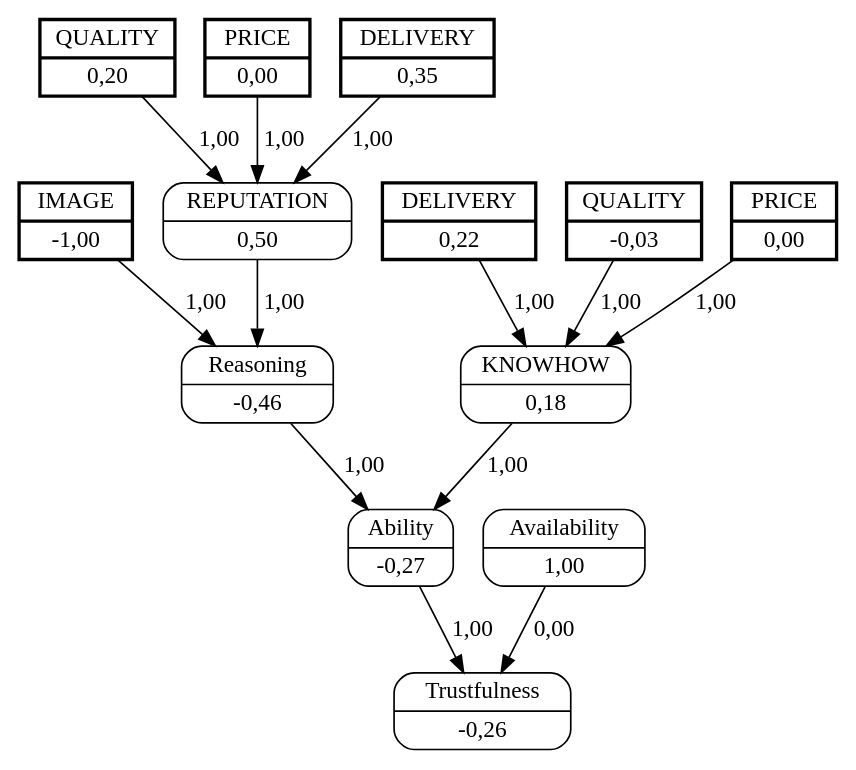
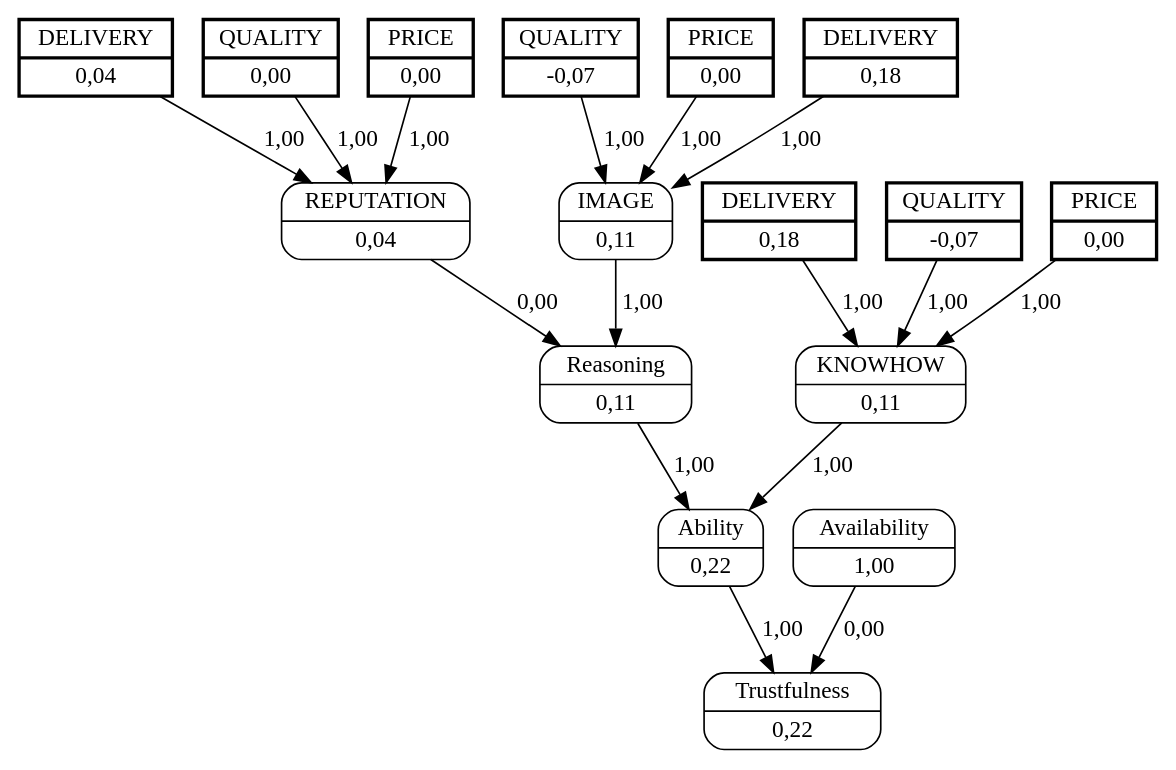
One commit to jjbaqueta/unload_experiment changed the diagram in unload_boxes/dots/buyerA1sellerB7.dot. Above: the diagram before and after it, drawn with Graphviz. The commit also changed 156 other files, not shown here.

```diff
--- a/unload_boxes/dots/buyerA1sellerB7.dot
+++ b/unload_boxes/dots/buyerA1sellerB7.dot
@@ -1,31 +1,39 @@
 digraph FCM_net{
 	node [shape=record, style=rounded]
-	0 [label="{IMAGE | -1,00}", style=bold, penwidth=2, peripheries=2];
-	7 [label="{QUALITY | 0,20}", style=bold, penwidth=2, peripheries=2];
+	7 [label="{QUALITY | -0,07}", style=bold, penwidth=2, peripheries=2];
 	8 [label="{PRICE | 0,00}", style=bold, penwidth=2, peripheries=2];
-	9 [label="{DELIVERY | 0,35}", style=bold, penwidth=2, peripheries=2];
-	10 [label="{QUALITY | -0,03}", style=bold, penwidth=2, peripheries=2];
+	9 [label="{DELIVERY | 0,18}", style=bold, penwidth=2, peripheries=2];
+	10 [label="{QUALITY | 0,00}", style=bold, penwidth=2, peripheries=2];
 	11 [label="{PRICE | 0,00}", style=bold, penwidth=2, peripheries=2];
-	12 [label="{DELIVERY | 0,22}", style=bold, penwidth=2, peripheries=2];
-	0 [label="{IMAGE | -1,00}"];
-	1 [label="{REPUTATION | 0,50}"];
-	2 [label="{KNOWHOW | 0,18}"];
-	3 [label="{Reasoning | -0,46}"];
-	4 [label="{Ability | -0,27}"];
+	12 [label="{DELIVERY | 0,04}", style=bold, penwidth=2, peripheries=2];
+	13 [label="{QUALITY | -0,07}", style=bold, penwidth=2, peripheries=2];
+	14 [label="{PRICE | 0,00}", style=bold, penwidth=2, peripheries=2];
+	15 [label="{DELIVERY | 0,18}", style=bold, penwidth=2, peripheries=2];
+	0 [label="{IMAGE | 0,11}"];
+	1 [label="{REPUTATION | 0,04}"];
+	2 [label="{KNOWHOW | 0,11}"];
+	3 [label="{Reasoning | 0,11}"];
+	4 [label="{Ability | 0,22}"];
 	5 [label="{Availability | 1,00}"];
-	6 [label="{Trustfulness | -0,26}"];
+	6 [label="{Trustfulness | 0,22}"];
+	7 [label="{QUALITY | -0,07}"];
 	8 [label="{PRICE | 0,00}"];
-	10 [label="{QUALITY | -0,03}"];
+	9 [label="{DELIVERY | 0,18}"];
+	11 [label="{PRICE | 0,00}"];
+	13 [label="{QUALITY | -0,07}"];
 	0 -> 3 [label = "1,00"];
-	1 -> 3 [label = "1,00"];
+	1 -> 3 [label = "0,00"];
 	3 -> 4 [label = "1,00"];
 	2 -> 4 [label = "1,00"];
 	4 -> 6 [label = "1,00"];
 	5 -> 6 [label = "0,00"];
-	7 -> 1 [label = "1,00"];
-	8 -> 1 [label = "1,00"];
-	9 -> 1 [label = "1,00"];
-	10 -> 2 [label = "1,00"];
-	11 -> 2 [label = "1,00"];
-	12 -> 2 [label = "1,00"];
+	7 -> 0 [label = "1,00"];
+	8 -> 0 [label = "1,00"];
+	9 -> 0 [label = "1,00"];
+	10 -> 1 [label = "1,00"];
+	11 -> 1 [label = "1,00"];
+	12 -> 1 [label = "1,00"];
+	13 -> 2 [label = "1,00"];
+	14 -> 2 [label = "1,00"];
+	15 -> 2 [label = "1,00"];
 }
```
